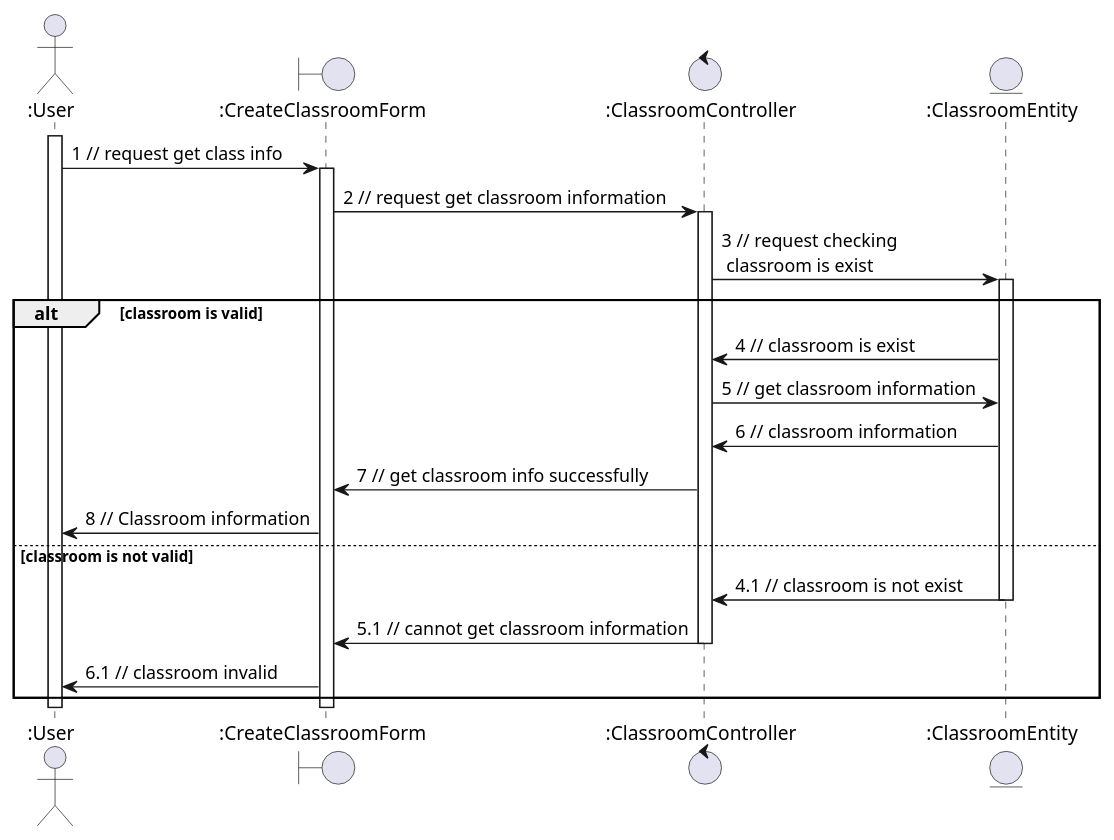
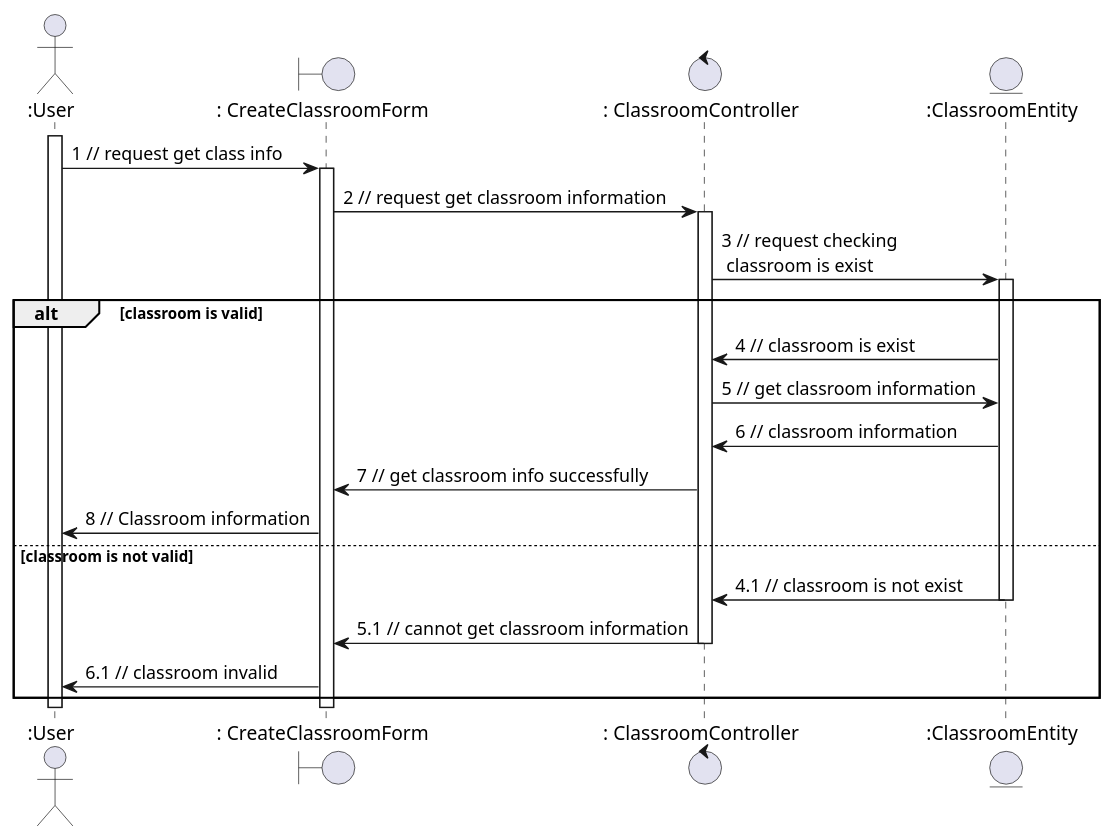
The diagram in sequence - analaysis/classroom/viewClass.plantuml (anonyhostvn/OOAD-Diagram), drawn with PlantUML before and after one commit. The commit also changed 13 other files, not shown here.

```diff
--- a/sequence - analaysis/classroom/viewClass.plantuml
+++ b/sequence - analaysis/classroom/viewClass.plantuml
@@ -1,32 +1,32 @@
 @startuml viewClass
 
 actor ":User"
-boundary ":CreateClassroomForm"
-control ":ClassroomController"
+boundary ": CreateClassroomForm"
+control ": ClassroomController"
 entity ":ClassroomEntity"
 
 activate ":User"
-":User" -> ":CreateClassroomForm": 1 // request get class info
-activate ":CreateClassroomForm"
-":CreateClassroomForm" -> ":ClassroomController": 2 // request get classroom information
-activate ":ClassroomController"
-":ClassroomController" -> ":ClassroomEntity": 3 // request checking \n classroom is exist
+":User" -> ": CreateClassroomForm": 1 // request get class info
+activate ": CreateClassroomForm"
+": CreateClassroomForm" -> ": ClassroomController": 2 // request get classroom information
+activate ": ClassroomController"
+": ClassroomController" -> ":ClassroomEntity": 3 // request checking \n classroom is exist
 activate ":ClassroomEntity"
 alt classroom is valid
-    ":ClassroomEntity" -> ":ClassroomController": 4 // classroom is exist
-    ":ClassroomController" -> ":ClassroomEntity": 5 // get classroom information
-    ":ClassroomEntity" -> ":ClassroomController": 6 // classroom information
-    ":ClassroomController" -> ":CreateClassroomForm": 7 // get classroom info successfully
-    ":CreateClassroomForm" -> ":User": 8 // Classroom information
+    ":ClassroomEntity" -> ": ClassroomController": 4 // classroom is exist
+    ": ClassroomController" -> ":ClassroomEntity": 5 // get classroom information
+    ":ClassroomEntity" -> ": ClassroomController": 6 // classroom information
+    ": ClassroomController" -> ": CreateClassroomForm": 7 // get classroom info successfully
+    ": CreateClassroomForm" -> ":User": 8 // Classroom information
 else classroom is not valid
-    ":ClassroomEntity" -> ":ClassroomController": 4.1 // classroom is not exist
+    ":ClassroomEntity" -> ": ClassroomController": 4.1 // classroom is not exist
     deactivate ":ClassroomEntity"
-    ":ClassroomController" -> ":CreateClassroomForm": 5.1 // cannot get classroom information
-    deactivate ":ClassroomController"
-    ":CreateClassroomForm" -> ":User": 6.1 // classroom invalid
+    ": ClassroomController" -> ": CreateClassroomForm": 5.1 // cannot get classroom information
+    deactivate ": ClassroomController"
+    ": CreateClassroomForm" -> ":User": 6.1 // classroom invalid
 end
 
-deactivate ":CreateClassroomForm"
+deactivate ": CreateClassroomForm"
 deactivate ":User"
 
 @enduml
```
